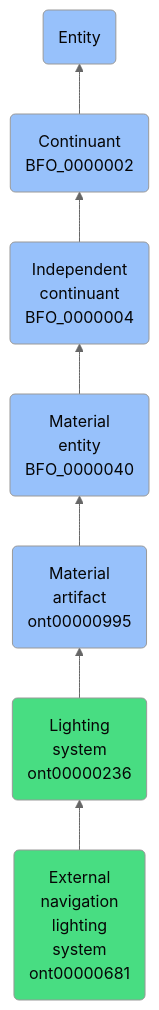
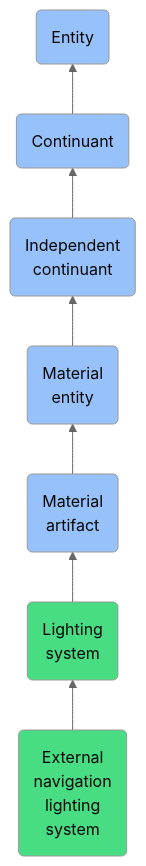
The diagram in docs/ontology/reference/model/Entity/Continuant/Independent continuant/Material entity/Material artifact/Lighting system/External navigation lighting system/External navigation lighting system.md (jupyter-naas/abi), drawn with Mermaid (neutral theme) before and after one commit. The commit also changed other lines of this file and 1430 other files, not shown here.

````diff
--- a/docs/ontology/reference/model/Entity/Continuant/Independent continuant/Material entity/Material artifact/Lighting system/External navigation lighting system/External navigation lighting system.md
+++ b/docs/ontology/reference/model/Entity/Continuant/Independent continuant/Material entity/Material artifact/Lighting system/External navigation lighting system/External navigation lighting system.md
@@ -24,14 +24,14 @@
 ```mermaid
 graph BT
-    ont00000681(External<br>navigation<br>lighting<br>system<br>ont00000681):::ABI-->ont00000236
-    ont00000236(Lighting<br>system<br>ont00000236):::ABI-->ont00000995
-    ont00000995(Material<br>artifact<br>ont00000995):::BFO-->BFO_0000040
-    BFO_0000040(Material<br>entity<br>BFO_0000040):::BFO-->BFO_0000004
-    BFO_0000004(Independent<br>continuant<br>BFO_0000004):::BFO-->BFO_0000002
-    BFO_0000002(Continuant<br>BFO_0000002):::BFO-->BFO_0000001
+    ont00000681(External<br>navigation<br>lighting<br>system):::ABI-->ont00000236
+    ont00000236(Lighting<br>system):::ABI-->ont00000995
+    ont00000995(Material<br>artifact):::BFO-->BFO_0000040
+    BFO_0000040(Material<br>entity):::BFO-->BFO_0000004
+    BFO_0000004(Independent<br>continuant):::BFO-->BFO_0000002
+    BFO_0000002(Continuant):::BFO-->BFO_0000001
     BFO_0000001(Entity):::BFO
     
     classDef BFO fill:#97c1fb,color:#060606
     classDef CCO fill:#e4c51e,color:#060606
     classDef ABI fill:#48DD82,color:#060606
 ```
````
